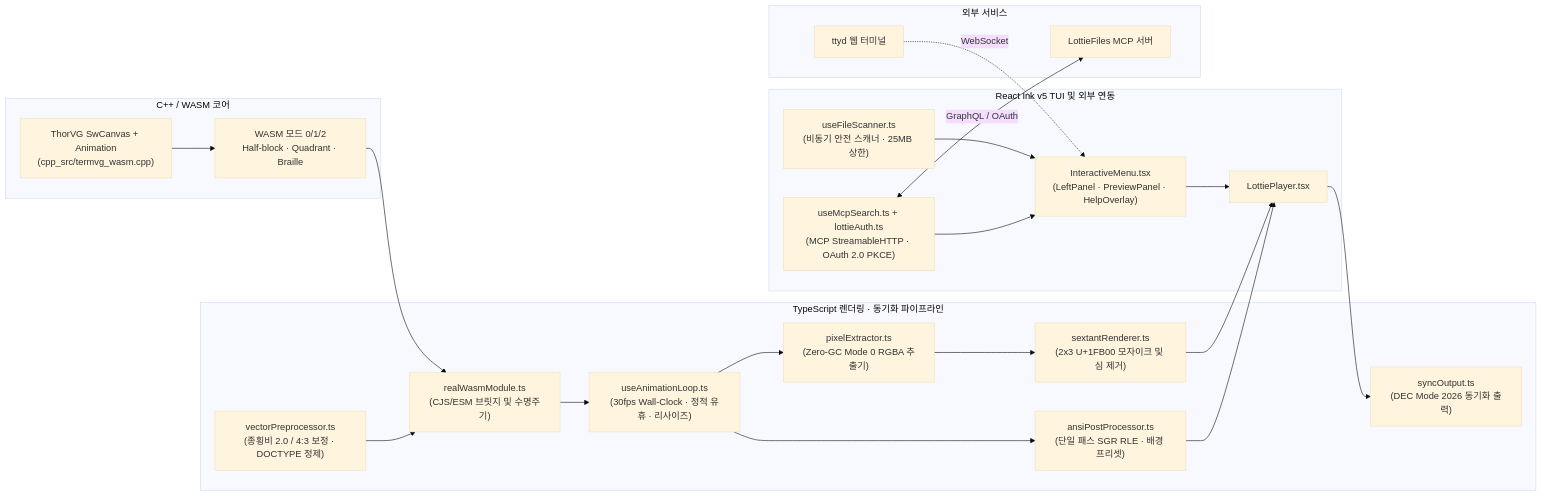
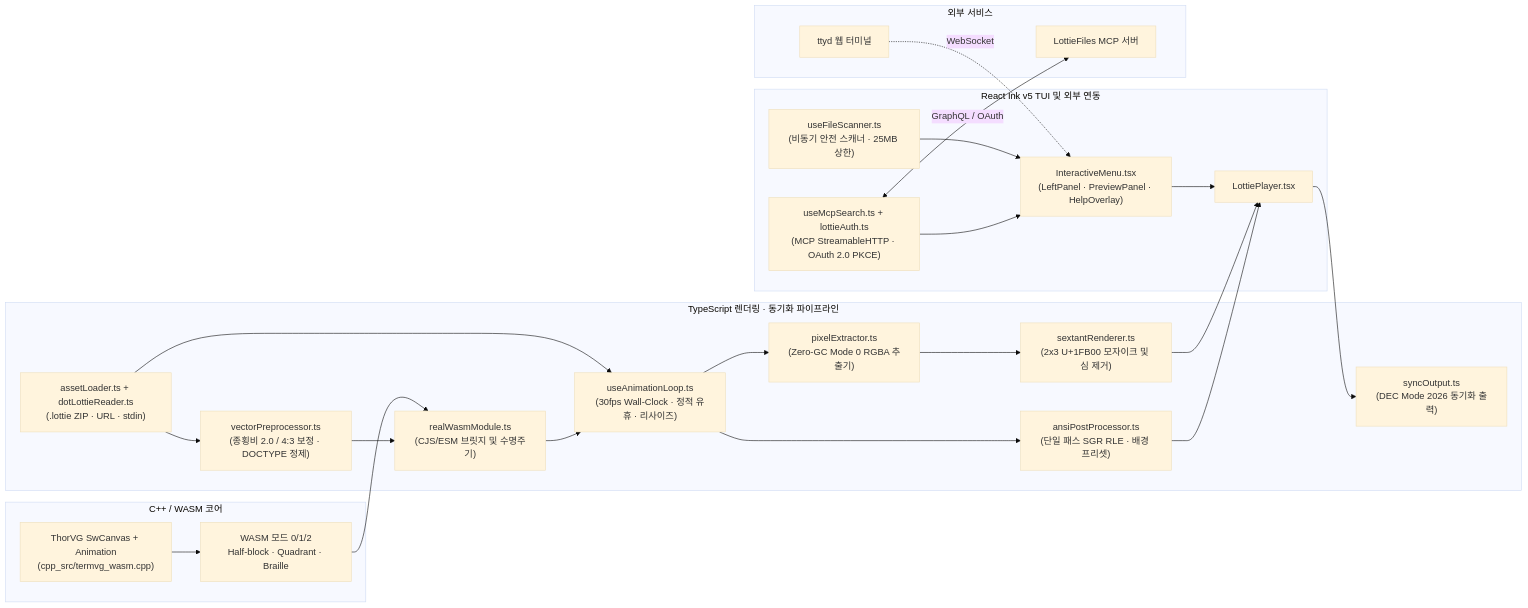
The second of 2 diagrams in README.md (thorvg-community-kr/Hackathon-Terminal_Vector_Graphics), drawn with Mermaid (base theme) before and after one commit. The commit also changed other lines of this file and 14 other files, not shown here.

Commit message:
feat(loader): add .lottie container, remote URL, and stdin stream inputs (Task 10)

````diff
--- a/README.md
+++ b/README.md
@@ -462,40 +478,42 @@
 ```mermaid
 flowchart LR
     subgraph CPP["C++ / WASM 코어"]
         TVG["ThorVG SwCanvas + Animation<br/>(cpp_src/termvg_wasm.cpp)"]
         WASM_R["WASM 모드 0/1/2<br/>Half-block · Quadrant · Braille"]
     end
 
     subgraph TS_PIPE["TypeScript 렌더링 · 동기화 파이프라인"]
+        ASSETS["assetLoader.ts + dotLottieReader.ts<br/>(.lottie ZIP · URL · stdin)"]
         LOADER["realWasmModule.ts<br/>(CJS/ESM 브릿지 및 수명주기)"]
         PREP["vectorPreprocessor.ts<br/>(종횡비 2.0 / 4:3 보정 · DOCTYPE 정제)"]
         PX["pixelExtractor.ts<br/>(Zero-GC Mode 0 RGBA 추출기)"]
         SEX["sextantRenderer.ts<br/>(2x3 U+1FB00 모자이크 및 심 제거)"]
         POST["ansiPostProcessor.ts<br/>(단일 패스 SGR RLE · 배경 프리셋)"]
         LOOP["useAnimationLoop.ts<br/>(30fps Wall-Clock · 정적 유휴 · 리사이즈)"]
         SYNC["syncOutput.ts<br/>(DEC Mode 2026 동기화 출력)"]
     end
 
     subgraph TUI["React Ink v5 TUI 및 외부 연동"]
         MENU["InteractiveMenu.tsx<br/>(LeftPanel · PreviewPanel · HelpOverlay)"]
         PLAYER["LottiePlayer.tsx"]
         SCAN["useFileScanner.ts<br/>(비동기 안전 스캐너 · 25MB 상한)"]
         MCP["useMcpSearch.ts + lottieAuth.ts<br/>(MCP StreamableHTTP · OAuth 2.0 PKCE)"]
     end
 
     subgraph EXT["외부 서비스"]
         LF["LottieFiles MCP 서버"]
         TTYD["ttyd 웹 터미널"]
     end
 
     TVG --> WASM_R --> LOADER
-    PREP --> LOADER
+    ASSETS --> PREP --> LOADER
+    ASSETS --> LOOP
     LOADER --> LOOP
     LOOP --> PX --> SEX --> PLAYER
     LOOP --> POST --> PLAYER
     PLAYER --> SYNC
     SCAN --> MENU --> PLAYER
     MCP <-->|GraphQL / OAuth| LF
     MCP --> MENU
     TTYD -.->|WebSocket| MENU
 ```
````
